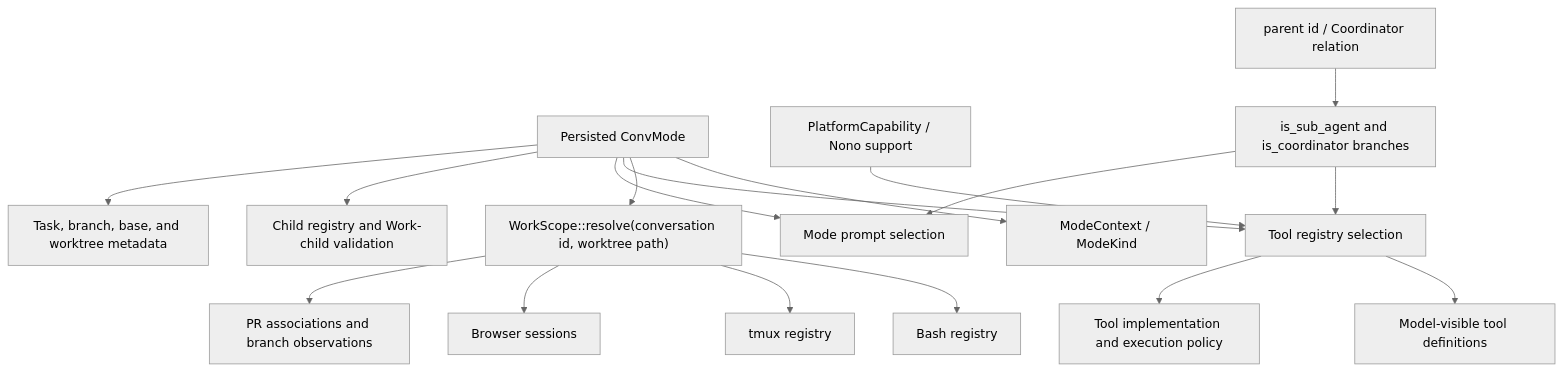
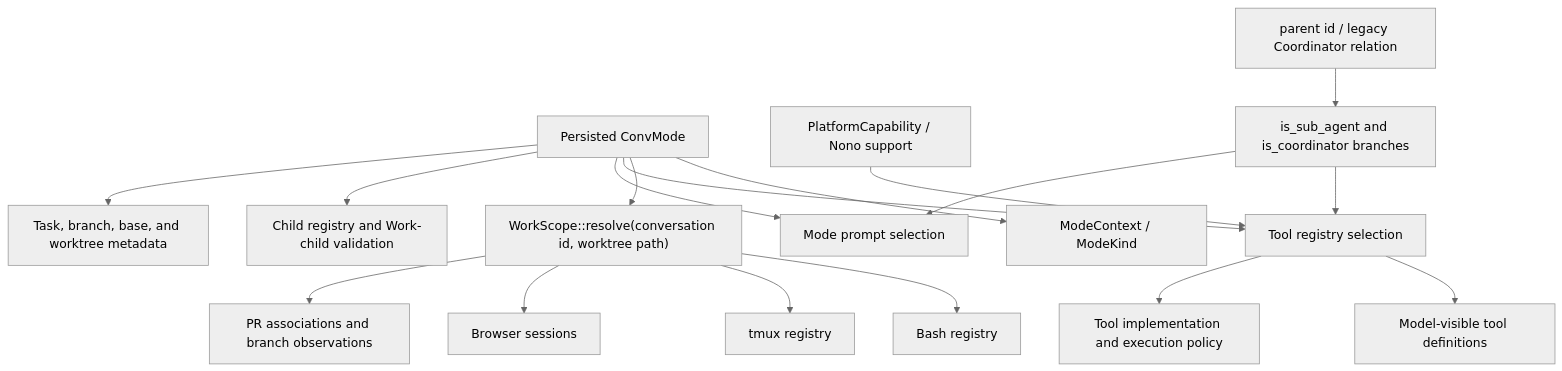
The first of 5 diagrams in docs/research/conversation-authority-runtime-posture-plan.md (scottopell/phoenix-ide), drawn with Mermaid (neutral theme) before and after one commit. The commit also changed other lines of this file, not shown here.

````diff
--- a/docs/research/conversation-authority-runtime-posture-plan.md
+++ b/docs/research/conversation-authority-runtime-posture-plan.md
@@ -107,22 +107,22 @@
 ```mermaid
 flowchart TD
     CM["Persisted ConvMode"] --> MC["ModeContext / ModeKind"]
     CM --> WS["WorkScope::resolve(conversation id, worktree path)"]
     CM --> REG["Tool registry selection"]
     CM --> PROMPT["Mode prompt selection"]
     CM --> CHILD["Child registry and Work-child validation"]
     CM --> GIT["Task, branch, base, and worktree metadata"]
 
     PLATFORM["PlatformCapability / Nono support"] --> REG
     REG --> MODEL["Model-visible tool definitions"]
     REG --> EXEC["Tool implementation and execution policy"]
 
-    ROLE["parent id / Coordinator relation"] --> EXCEPTIONS["is_sub_agent and is_coordinator branches"]
+    ROLE["parent id / legacy Coordinator relation"] --> EXCEPTIONS["is_sub_agent and is_coordinator branches"]
     EXCEPTIONS --> REG
     EXCEPTIONS --> PROMPT
 
     WS --> BASH["Bash registry"]
     WS --> TMUX["tmux registry"]
     WS --> BROWSER["Browser sessions"]
     WS --> PR["PR associations and branch observations"]
 ```
````
